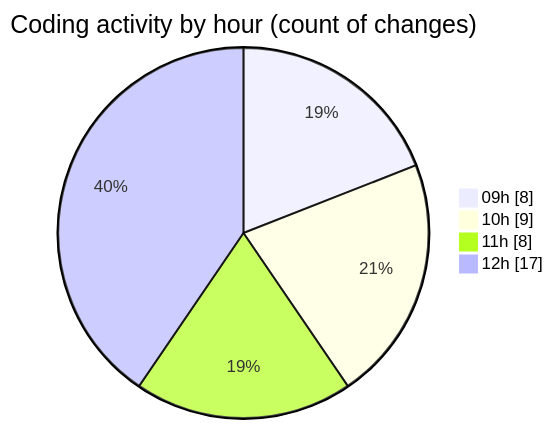
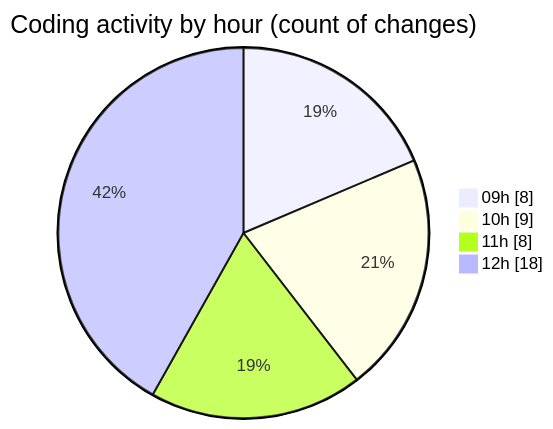
Before and after one commit to momahboobian/code-tracking: the second of 2 diagrams in 2025-02-25/cda/README.md, drawn with Mermaid. The commit also changed other lines of this file and 1 other file, not shown here.

````diff
--- a/2025-02-25/cda/README.md
+++ b/2025-02-25/cda/README.md
@@ -36,8 +38,8 @@
 ```mermaid
 pie showData
 title Coding activity by hour (count of changes)
 "09h" : 8
 "10h" : 9
 "11h" : 8
-"12h" : 17
+"12h" : 18
 ```
````
